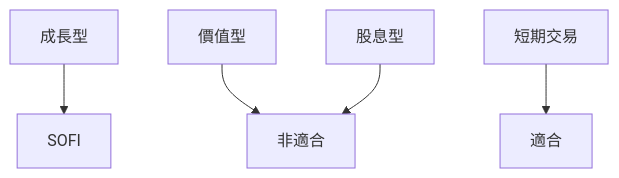
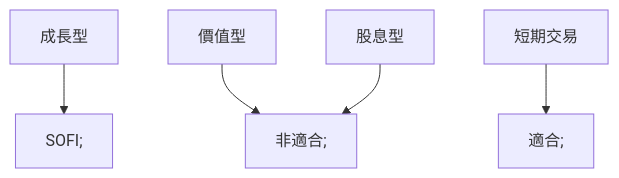
Diagram 11 of 11 in ai_gen_report/stock/sofi/fundamental_analysis_2026-03-22_openai.md (yennanliu/finance_data), drawn with Mermaid before and after one commit. The commit also changed other lines of this file and 2258 other files, not shown here.

First line of the commit message:
chore: backfill Mermaid syntax repair across existing reports

````diff
--- a/ai_gen_report/stock/sofi/fundamental_analysis_2026-03-22_openai.md
+++ b/ai_gen_report/stock/sofi/fundamental_analysis_2026-03-22_openai.md
@@ -333,7 +333,7 @@
 ```mermaid
 graph TD;
-  成長型-->SOFI;
-  價值型-->非適合;
-  股息型-->非適合;
-  短期交易-->適合;
+  成長型 --> nb1["SOFI;"]
+  價值型 --> nb2["非適合;"]
+  股息型 --> nb2["非適合;"]
+  短期交易 --> nb3["適合;"]
 ```
````
